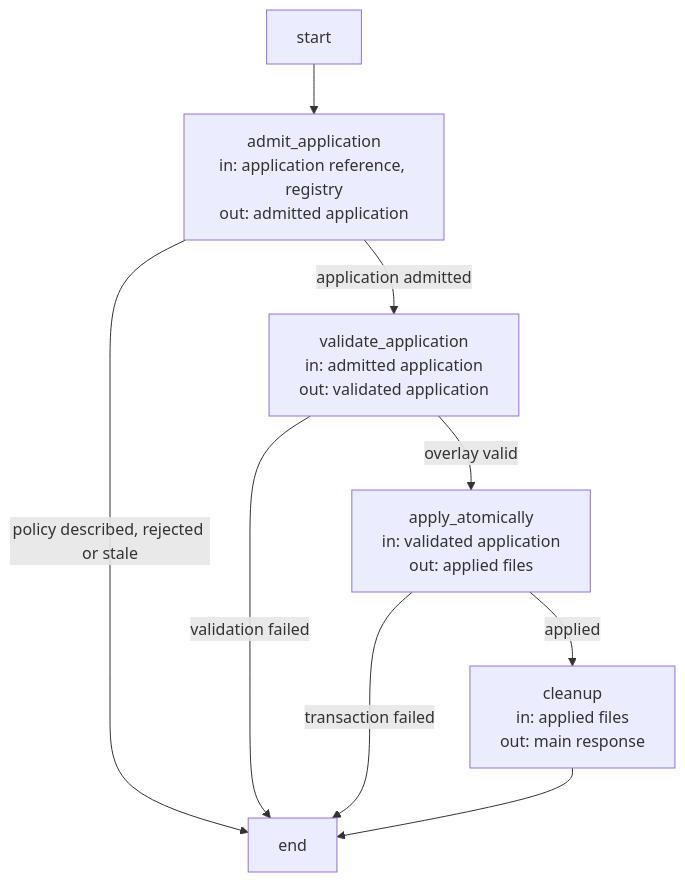
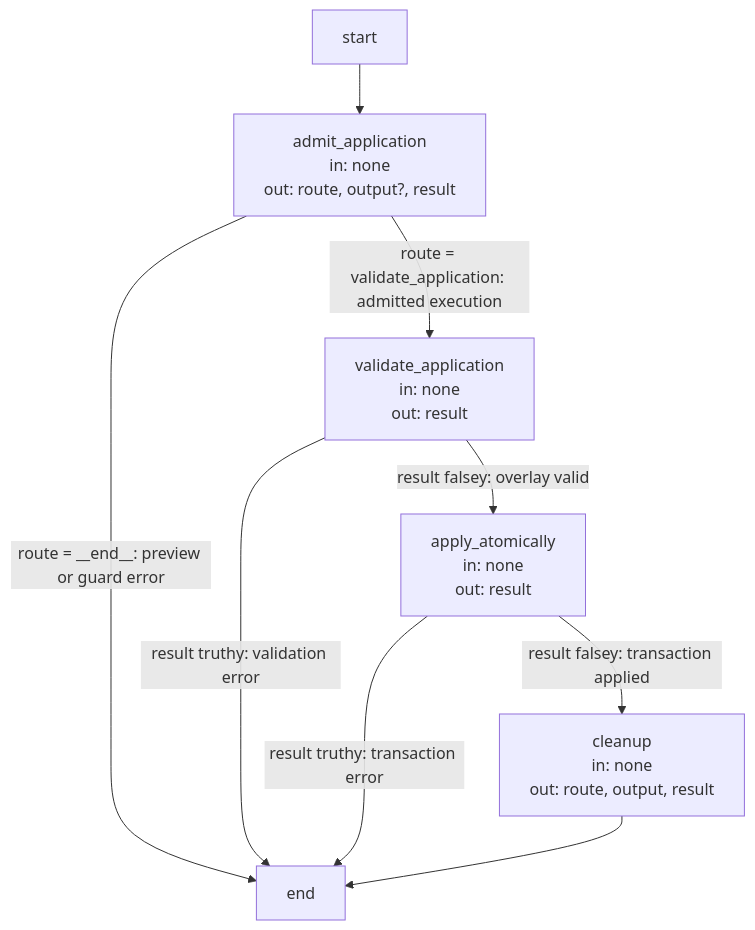
One commit to FTOD/concorde changed the second of 2 diagrams in specs/concorde/topology/execution-reference.md. Above: the diagram before and after it, drawn with Mermaid. The commit also changed other lines of this file and 10 other files, not shown here.

Commit message:
docs: clarify LangGraph state and routing in operation diagrams

````diff
--- a/specs/concorde/topology/execution-reference.md
+++ b/specs/concorde/topology/execution-reference.md
@@ -104,20 +119,20 @@
 ```mermaid
 flowchart TB
     %% graph: topology_apply_graph
     accTitle: Topology application Graph
     accDescr: An admitted, validated application is applied as one transaction and cleaned up; a rejected or stale application, a validation failure or a transaction error ends the Graph.
     __start__["start"]
-    admit_application["admit_application<br/>in: application reference, registry<br/>out: admitted application"]
-    validate_application["validate_application<br/>in: admitted application<br/>out: validated application"]
-    apply_atomically["apply_atomically<br/>in: validated application<br/>out: applied files"]
-    cleanup["cleanup<br/>in: applied files<br/>out: main response"]
+    admit_application["admit_application<br/>in: none<br/>out: route, output?, result"]
+    validate_application["validate_application<br/>in: none<br/>out: result"]
+    apply_atomically["apply_atomically<br/>in: none<br/>out: result"]
+    cleanup["cleanup<br/>in: none<br/>out: route, output, result"]
     __end__["end"]
     __start__ --> admit_application
-    admit_application -->|application admitted| validate_application
-    admit_application -->|policy described, rejected or stale| __end__
-    validate_application -->|overlay valid| apply_atomically
-    validate_application -->|validation failed| __end__
-    apply_atomically -->|applied| cleanup
-    apply_atomically -->|transaction failed| __end__
+    admit_application -->|route = validate_application: admitted execution| validate_application
+    admit_application -->|route = __end__: preview or guard error| __end__
+    validate_application -->|result falsey: overlay valid| apply_atomically
+    validate_application -->|result truthy: validation error| __end__
+    apply_atomically -->|result falsey: transaction applied| cleanup
+    apply_atomically -->|result truthy: transaction error| __end__
     cleanup --> __end__
 ```
````
